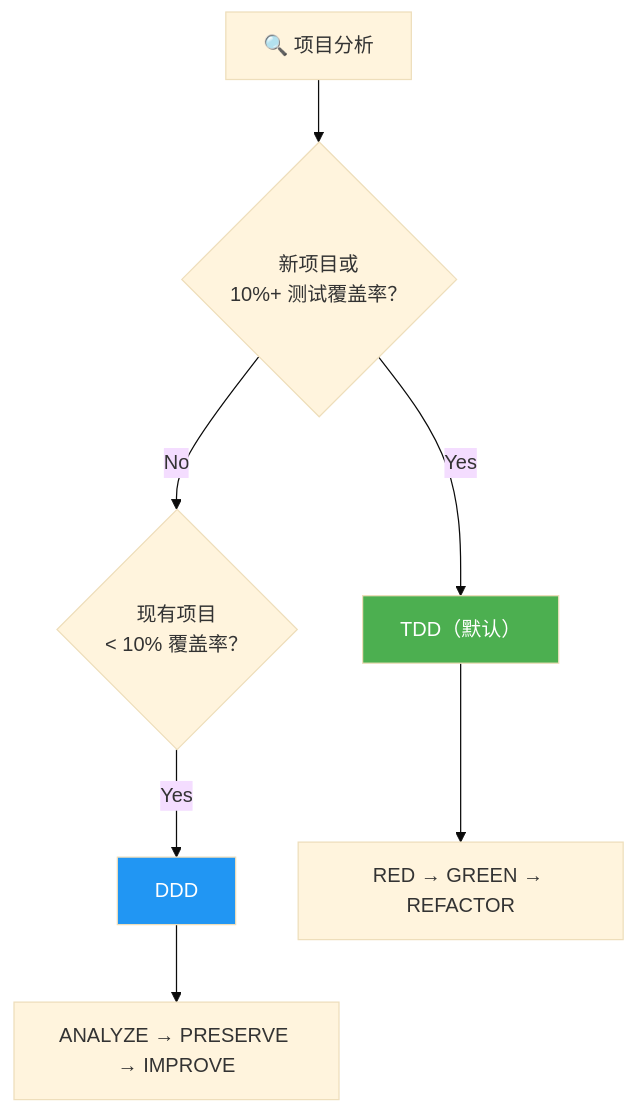
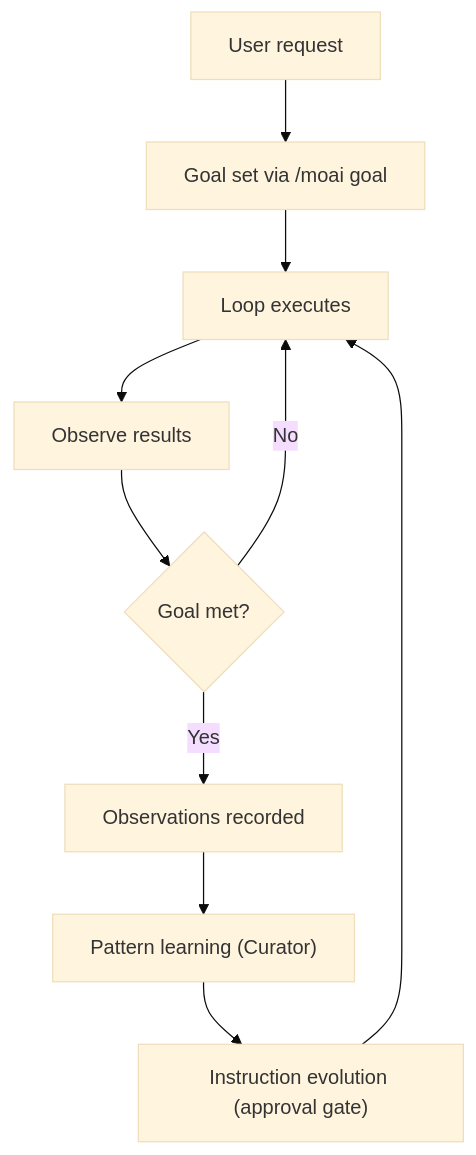
The second of 5 diagrams in README.zh.md (modu-ai/moai-adk), drawn with Mermaid (base theme) before and after one commit. The commit also changed other lines of this file and 395 other files, not shown here.

````diff
--- a/README.zh.md
+++ b/README.zh.md
@@ -194,12 +282,12 @@
 ```mermaid
 flowchart TD
-    A["🔍 项目分析"] --> B{"新项目或<br/>10%+ 测试覆盖率？"}
-    B -->|"Yes"| C["TDD（默认）"]
-    B -->|"No"| D{"现有项目<br/>< 10% 覆盖率？"}
-    D -->|"Yes"| E["DDD"]
-    C --> F["RED → GREEN → REFACTOR"]
-    E --> G["ANALYZE → PRESERVE → IMPROVE"]
-
-    style C fill:#4CAF50,color:#fff
-    style E fill:#2196F3,color:#fff
+    A["User request"] --> B["Goal set via /moai goal"]
+    B --> C["Loop executes"]
+    C --> D["Observe results"]
+    D --> E{"Goal met?"}
+    E -->|"No"| C
+    E -->|"Yes"| F["Observations recorded"]
+    F --> G["Pattern learning (Curator)"]
+    G --> H["Instruction evolution (approval gate)"]
+    H --> C
 ```
````
